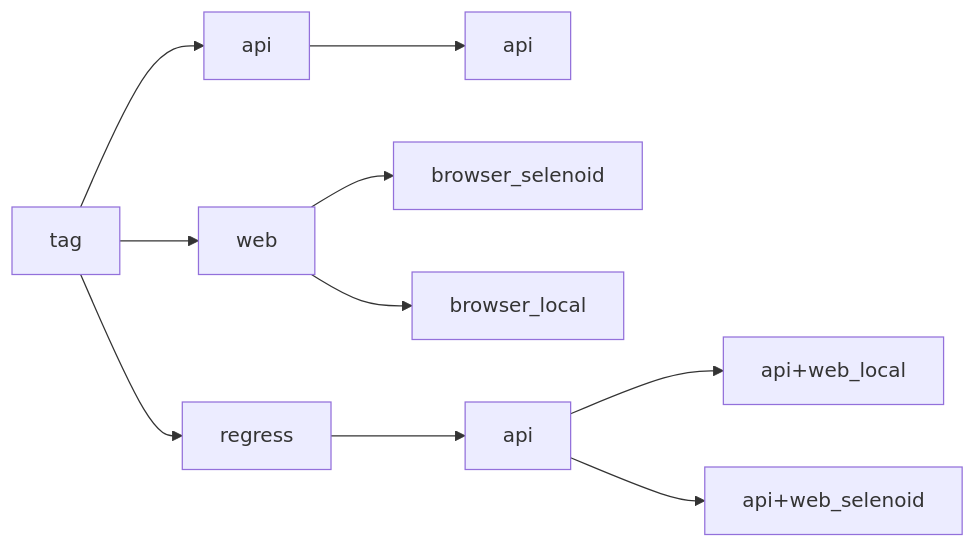
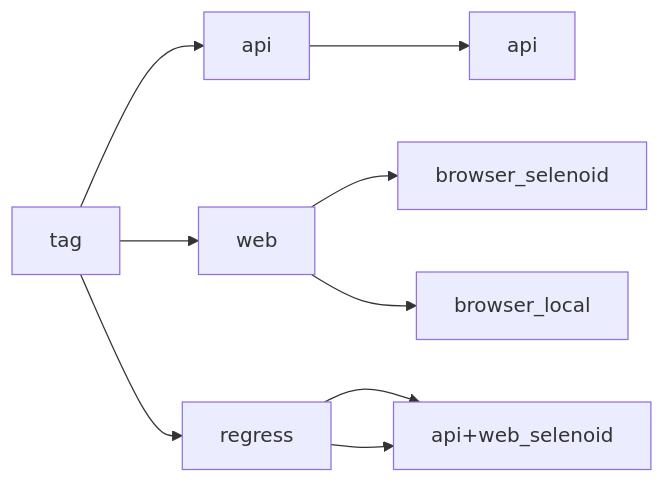
One commit to VadimTolstov/allure_api_ui changed the first of 2 diagrams in README.md. Above: the diagram before and after it, drawn with Mermaid.

Commit message:
readme v0.3

````diff
--- a/README.md
+++ b/README.md
@@ -89,12 +89,11 @@
 ```mermaid
 graph LR
 A[tag] --> B[api]
 A --> C[web]
 A --> D[regress]
 B --> K[api]
 C --> E[browser_selenoid]
 C --> F[browser_local]
-D --> G[api]
-G --> N[api+web_local]
-G --> T[api+web_selenoid]
+D --> G[api+web_local]
+D --> G[api+web_selenoid]
 ```
````
